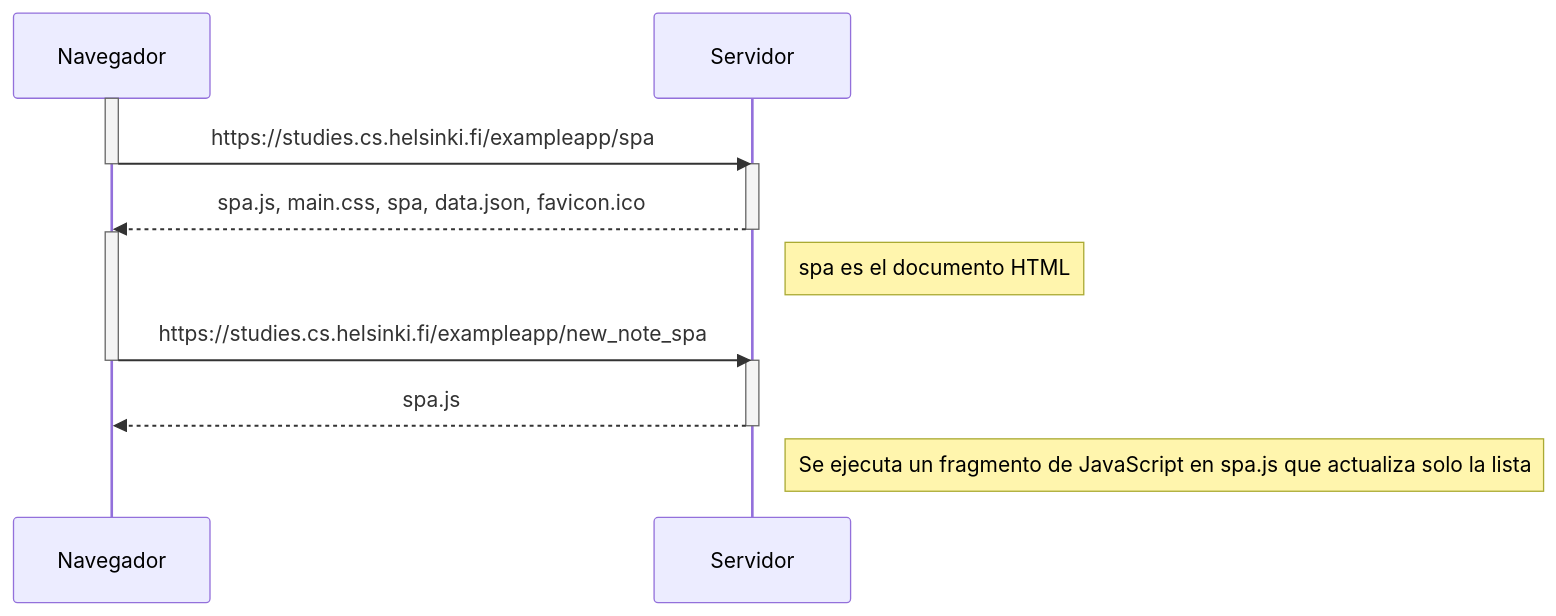
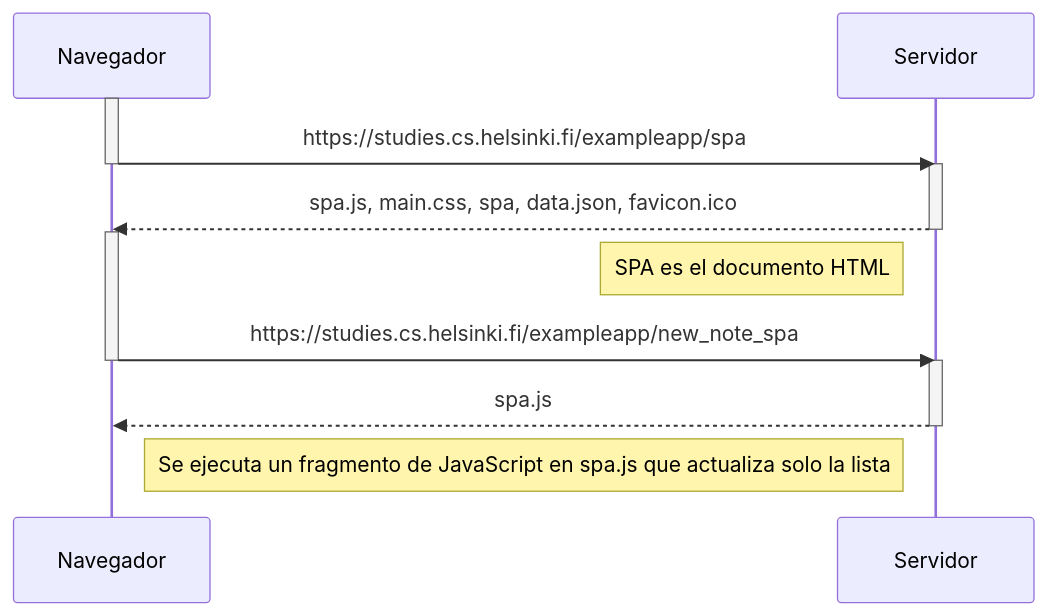
Before and after one commit to inf-rober/full-stack-open: the diagram in part0/diagrama_secuencia_0.6.md, drawn with Mermaid.

````diff
--- a/part0/diagrama_secuencia_0.6.md
+++ b/part0/diagrama_secuencia_0.6.md
@@ -1,19 +1,19 @@
 ```mermaid
 sequenceDiagram
     participant Navegador
     participant Servidor
         activate Navegador
         Navegador->>Servidor: https://studies.cs.helsinki.fi/exampleapp/spa
         deactivate Navegador
         activate Servidor
         Servidor-->>Navegador: spa.js, main.css, spa, data.json, favicon.ico
         deactivate Servidor
         activate Navegador
-        Note right of Servidor: spa es el documento HTML
+        Note left of Servidor: SPA es el documento HTML
         Navegador->>Servidor: https://studies.cs.helsinki.fi/exampleapp/new_note_spa
         deactivate Navegador
         activate Servidor
         Servidor-->>Navegador: spa.js
         deactivate Servidor
-        Note right of Servidor: Se ejecuta un fragmento de JavaScript en spa.js que actualiza solo la lista
+        Note left of Servidor: Se ejecuta un fragmento de JavaScript en spa.js que actualiza solo la lista
 ```
````
